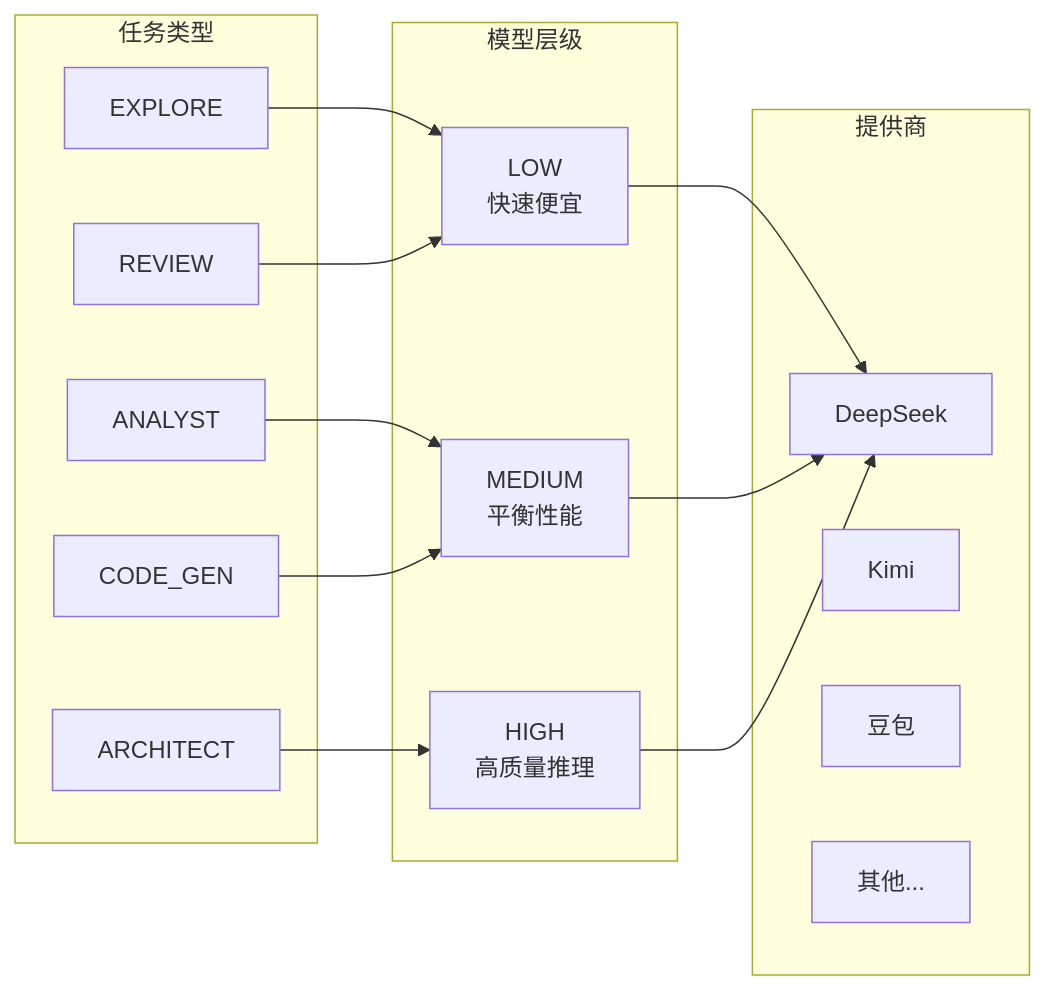
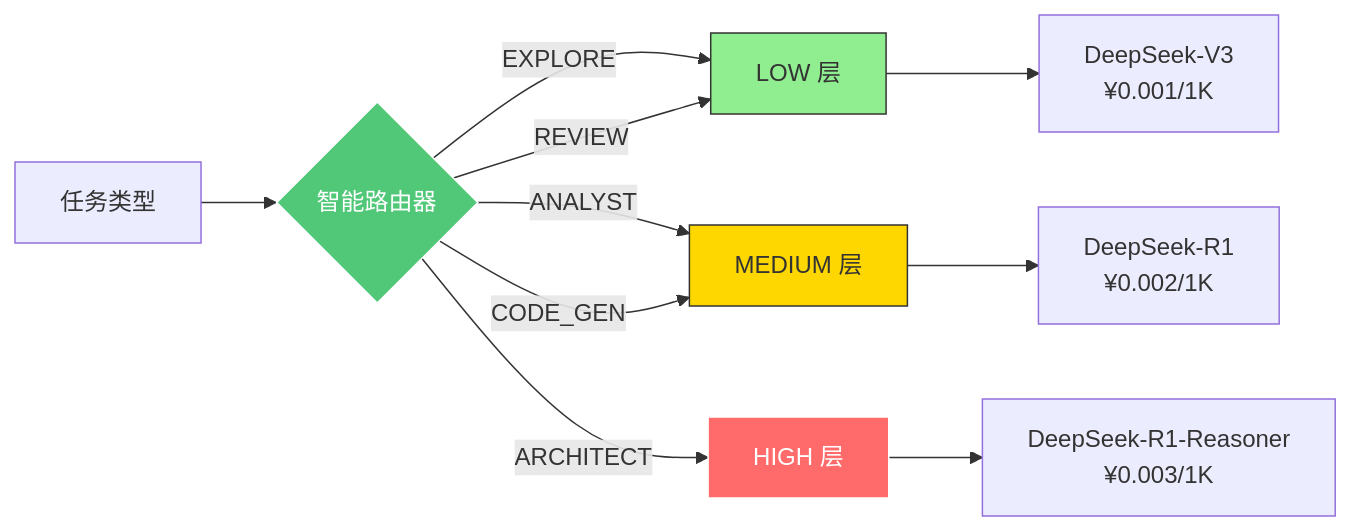
The second of 10 diagrams in docs/ARCHITECTURE.md (VOBC/oh-my-coder), drawn with Mermaid before and after one commit. The commit also changed other lines of this file and 3 other files, not shown here.

````diff
--- a/docs/ARCHITECTURE.md
+++ b/docs/ARCHITECTURE.md
@@ -129,33 +72,19 @@
 ```mermaid
 flowchart LR
-    subgraph 任务类型
-        T1[EXPLORE]
-        T2[ANALYST]
-        T3[ARCHITECT]
-        T4[CODE_GEN]
-        T5[REVIEW]
-    end
+    TASK[任务类型] --> ROUTER{智能路由器}
     
-    subgraph 模型层级
-        L1[LOW<br/>快速便宜]
-        L2[MEDIUM<br/>平衡性能]
-        L3[HIGH<br/>高质量推理]
-    end
+    ROUTER -->|EXPLORE| LOW[LOW 层]
+    ROUTER -->|ANALYST| MED[MEDIUM 层]
+    ROUTER -->|ARCHITECT| HIGH[HIGH 层]
+    ROUTER -->|CODE_GEN| MED
+    ROUTER -->|REVIEW| LOW
     
-    subgraph 提供商
-        P1[DeepSeek]
-        P2[Kimi]
-        P3[豆包]
-        P4[其他...]
-    end
-    
-    T1 --> L1
-    T2 --> L2
-    T3 --> L3
-    T4 --> L2
-    T5 --> L1
-    
-    L1 --> P1
-    L2 --> P1
-    L3 --> P1
+    LOW --> DS1[DeepSeek-V3<br/>¥0.001/1K]
+    MED --> DS2[DeepSeek-R1<br/>¥0.002/1K]
+    HIGH --> DS3[DeepSeek-R1-Reasoner<br/>¥0.003/1K]
+
+    style ROUTER fill:#50C878,stroke:#fff,color:#fff
+    style LOW fill:#90EE90,stroke:#333
+    style MED fill:#FFD700,stroke:#333
+    style HIGH fill:#FF6B6B,stroke:#fff,color:#fff
 ```
````
